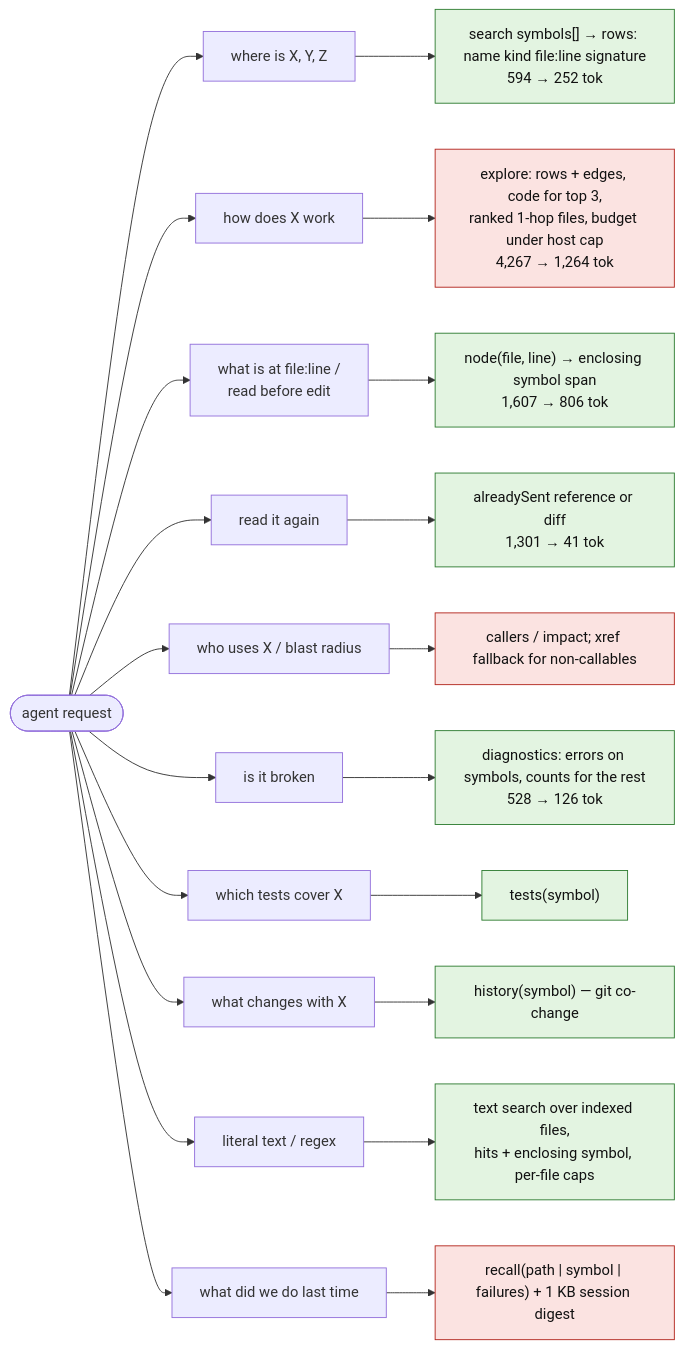
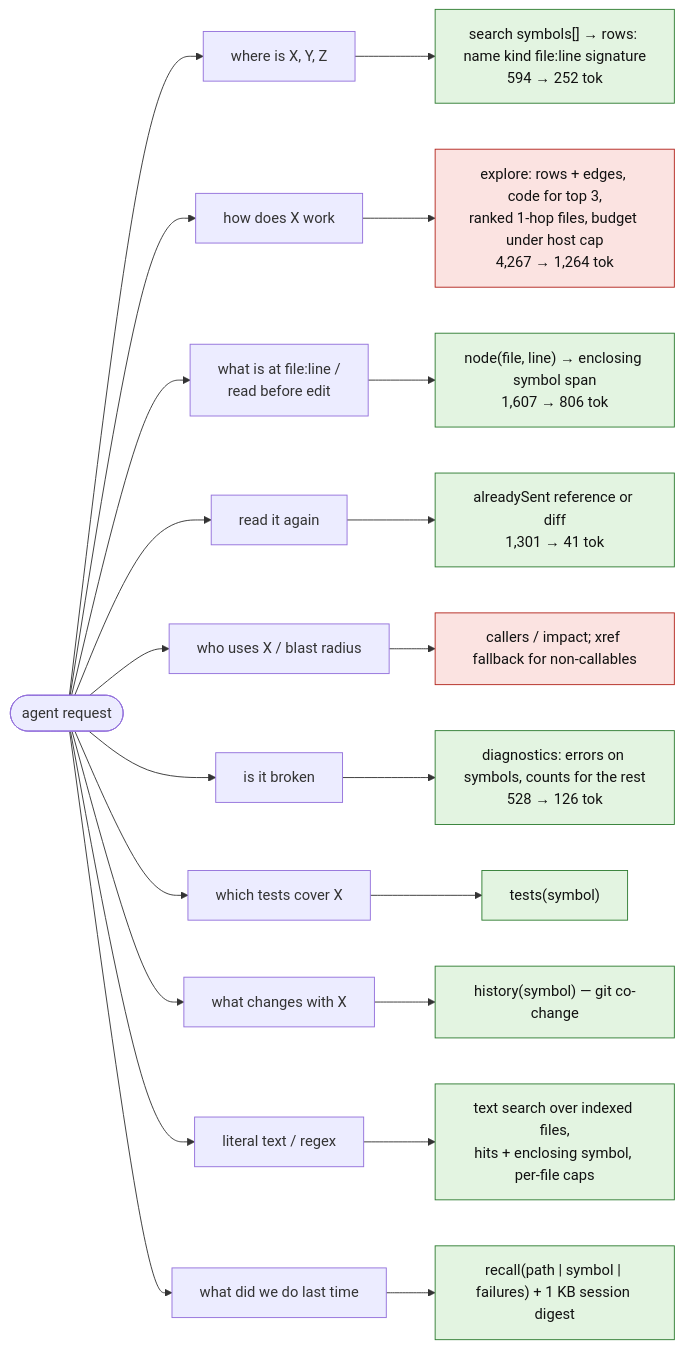
One commit to Miasin-Labs/codegraph-rs changed the sixth of 7 diagrams in docs/research/agent-sessions/FLOWCHART.md. Above: the diagram before and after it, drawn with Mermaid. The commit also changed 2 other files, not shown here.

Commit message:
docs(research): mark cross-session recall shipped

````diff
--- a/docs/research/agent-sessions/FLOWCHART.md
+++ b/docs/research/agent-sessions/FLOWCHART.md
@@ -136,30 +136,30 @@
 ```mermaid
 flowchart LR
   A([agent request]) --> K1["where is X, Y, Z"]
   A --> K2["how does X work"]
   A --> K3["what is at file:line /<br/>read before edit"]
   A --> K4["read it again"]
   A --> K5["who uses X / blast radius"]
   A --> K6["is it broken"]
   A --> K7["which tests cover X"]
   A --> K8["what changes with X"]
   A --> K9["literal text / regex"]
   A --> K10["what did we do last time"]
 
   K1 --> T1["search symbols[] → rows: name kind file:line signature<br/>594 → 252 tok"]
   K2 --> T2["explore: rows + edges, code for top 3,<br/>ranked 1-hop files, budget under host cap<br/>4,267 → 1,264 tok"]
   K3 --> T3["node(file, line) → enclosing symbol span<br/>1,607 → 806 tok"]
   K4 --> T4["alreadySent reference or diff<br/>1,301 → 41 tok"]
   K5 --> T5["callers / impact; xref fallback for non-callables"]
   K6 --> T6["diagnostics: errors on symbols, counts for the rest<br/>528 → 126 tok"]
   K7 --> T7["tests(symbol)"]
   K8 --> T8["history(symbol) — git co-change"]
   K9 --> T9["text search over indexed files,<br/>hits + enclosing symbol, per-file caps"]
   K10 --> T10["recall(path | symbol | failures) + 1 KB session digest"]
 
   classDef shipped fill:#e3f4e1,stroke:#2f7d32,color:#111
   classDef flight fill:#fff6d9,stroke:#9a7b12,color:#111
   classDef gap fill:#fbe3e1,stroke:#b3261e,color:#111
-  class T1,T3,T4,T6,T7,T8,T9 shipped
-  class T2,T5,T10 gap
+  class T1,T3,T4,T6,T7,T8,T9,T10 shipped
+  class T2,T5 gap
 ```
````
